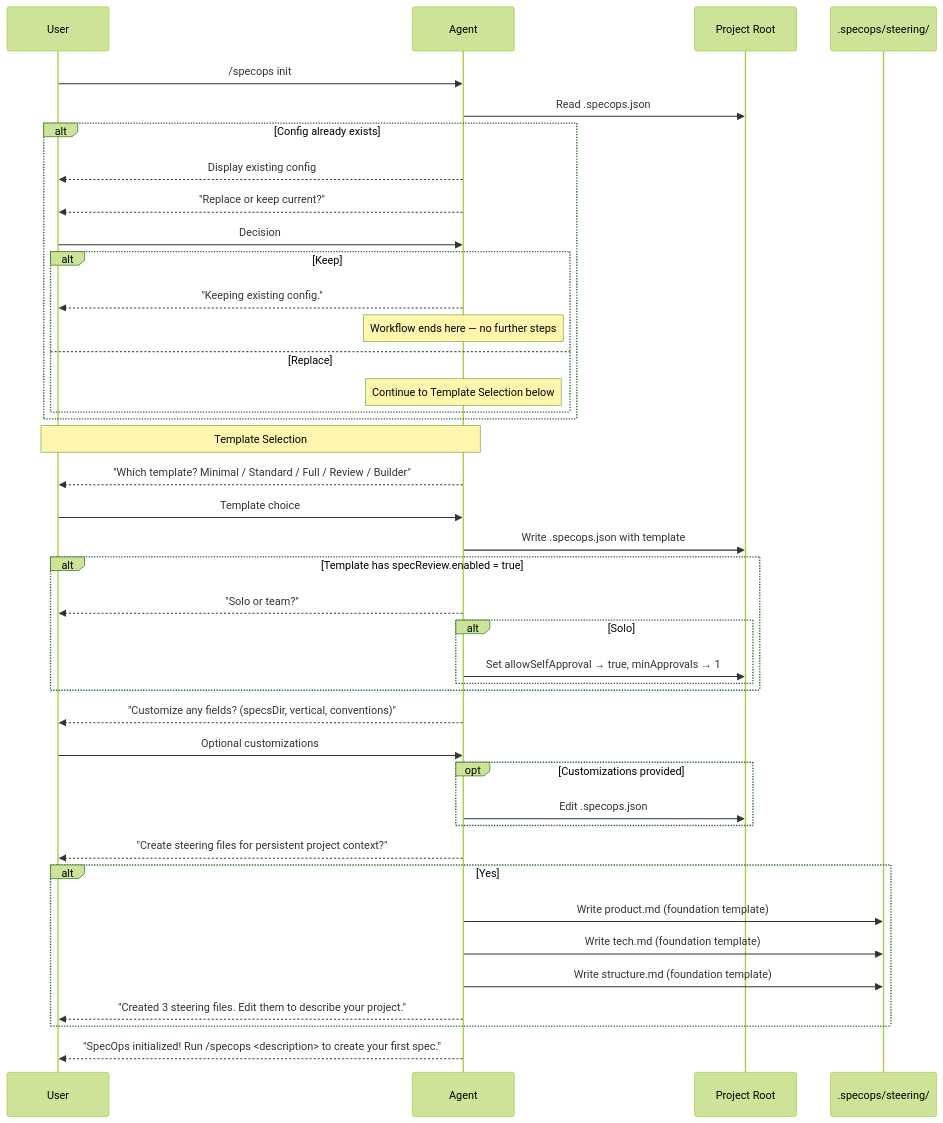
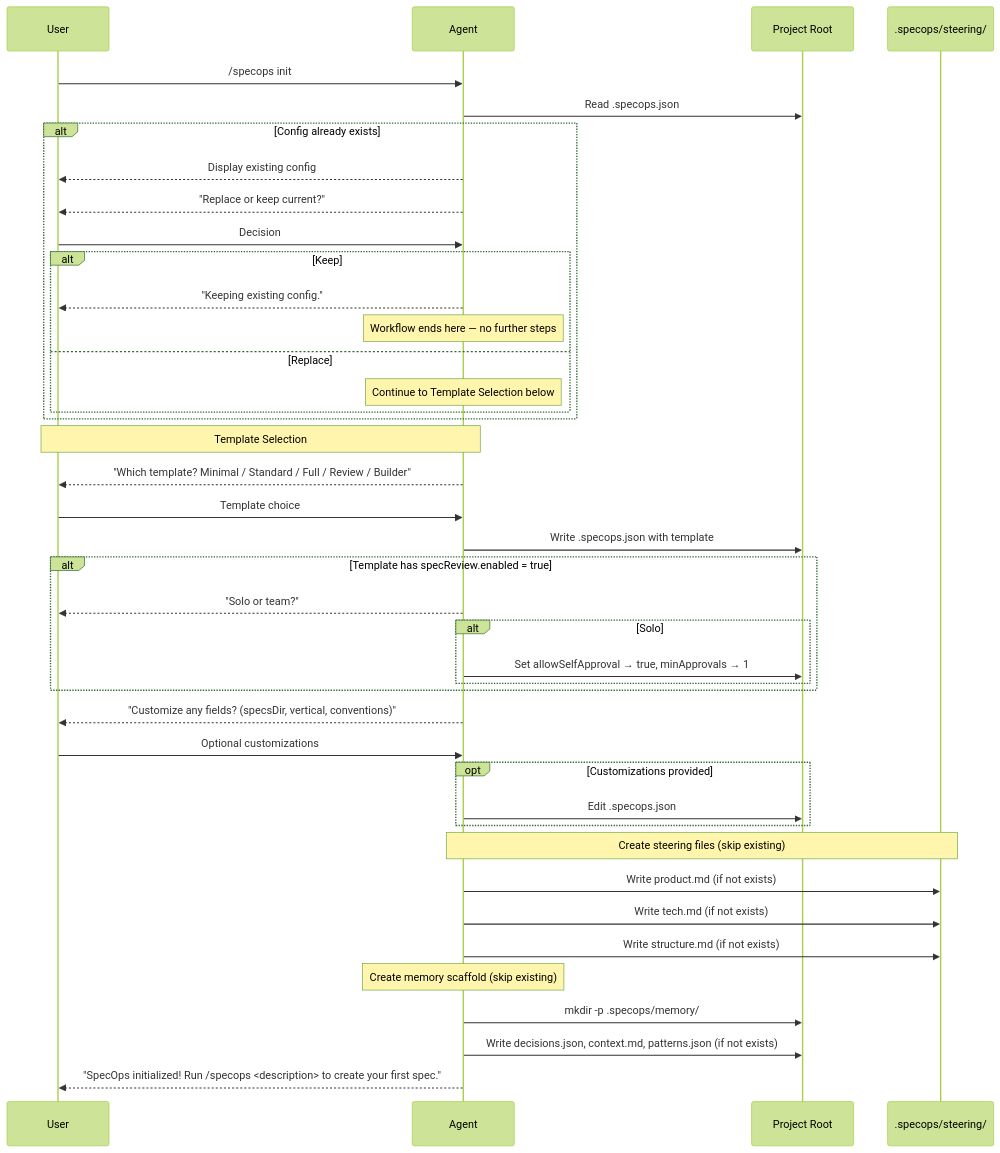
One commit to sanmak/specops changed the eighth of 8 diagrams in docs/DIAGRAMS.md. Above: the diagram before and after it, drawn with Mermaid (forest theme). The commit also changed other lines of this file and 13 other files, not shown here.

````diff
--- a/docs/DIAGRAMS.md
+++ b/docs/DIAGRAMS.md
@@ -479,51 +479,52 @@
 ```mermaid
 sequenceDiagram
     participant U as User
     participant A as Agent
     participant FS as Project Root
     participant SD as .specops/steering/
 
     U->>A: /specops init
 
     A->>FS: Read .specops.json
     alt Config already exists
         A-->>U: Display existing config
         A-->>U: "Replace or keep current?"
         U->>A: Decision
         alt Keep
             A-->>U: "Keeping existing config."
             Note over A: Workflow ends here — no further steps
         else Replace
             Note over A: Continue to Template Selection below
         end
     end
 
     Note over A,U: Template Selection
 
     A-->>U: "Which template? Minimal / Standard / Full / Review / Builder"
     U->>A: Template choice
     A->>FS: Write .specops.json with template
 
     alt Template has specReview.enabled = true
         A-->>U: "Solo or team?"
         alt Solo
             A->>FS: Set allowSelfApproval → true, minApprovals → 1
         end
     end
 
     A-->>U: "Customize any fields? (specsDir, vertical, conventions)"
     U->>A: Optional customizations
     opt Customizations provided
         A->>FS: Edit .specops.json
     end
 
-    A-->>U: "Create steering files for persistent project context?"
-    alt Yes
-        A->>SD: Write product.md (foundation template)
-        A->>SD: Write tech.md (foundation template)
-        A->>SD: Write structure.md (foundation template)
-        A-->>U: "Created 3 steering files. Edit them to describe your project."
-    end
+    Note over A,SD: Create steering files (skip existing)
+    A->>SD: Write product.md (if not exists)
+    A->>SD: Write tech.md (if not exists)
+    A->>SD: Write structure.md (if not exists)
+
+    Note over A: Create memory scaffold (skip existing)
+    A->>FS: mkdir -p .specops/memory/
+    A->>FS: Write decisions.json, context.md, patterns.json (if not exists)
 
     A-->>U: "SpecOps initialized! Run /specops <description> to create your first spec."
 ```
````
